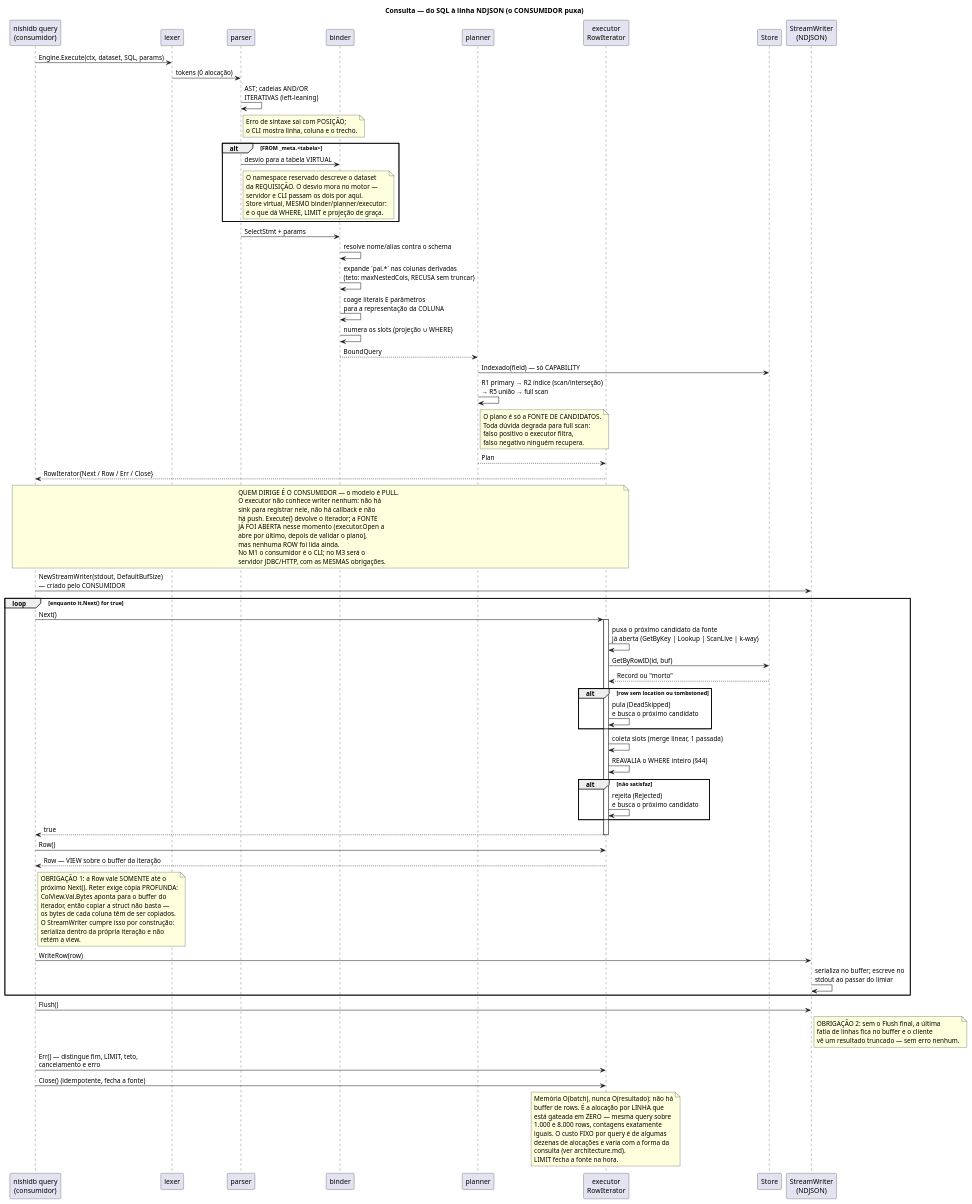
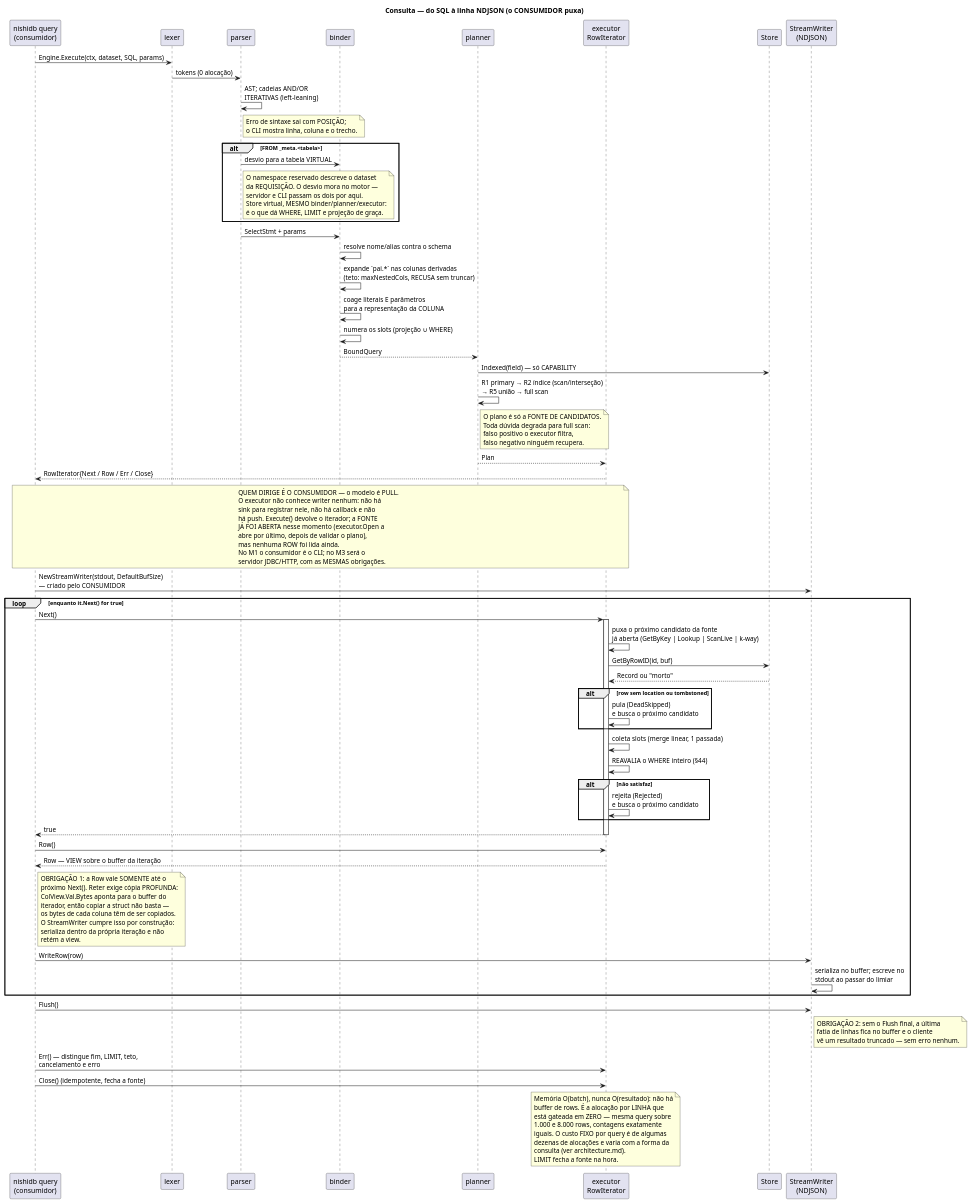
Before and after one commit to nishisan-dev/nishidb: the diagram in docs/diagrams/query_flow.puml, drawn with PlantUML. The commit also changed 28 other files, not shown here.

```diff
--- a/docs/diagrams/query_flow.puml
+++ b/docs/diagrams/query_flow.puml
@@ -1,117 +1,117 @@
 @startuml query_flow
 title Consulta — do SQL à linha NDJSON (o CONSUMIDOR puxa)
 
 participant "nishidb query\n(consumidor)" as cli
 participant "lexer" as lex
 participant "parser" as par
 participant "binder" as bnd
 participant "planner" as pln
 participant "executor\nRowIterator" as exe
 participant "Store" as st
 participant "StreamWriter\n(NDJSON)" as w
 
 cli -> lex : Engine.Execute(ctx, dataset, SQL, params)
 lex -> par : tokens (0 alocação)
 par -> par : AST; cadeias AND/OR\nITERATIVAS (left-leaning)
 note right of par
   Erro de sintaxe sai com POSIÇÃO;
   o CLI mostra linha, coluna e o trecho.
 end note
 
 alt FROM _meta.<tabela>
   par -> bnd : desvio para a tabela VIRTUAL
   note right of par
     O namespace reservado descreve o dataset
     da REQUISIÇÃO. O desvio mora no motor —
     servidor e CLI passam os dois por aqui.
     Store virtual, MESMO binder/planner/executor:
     é o que dá WHERE, LIMIT e projeção de graça.
   end note
 end
 
 par -> bnd : SelectStmt + params
 bnd -> bnd : resolve nome/alias contra o schema
 bnd -> bnd : expande `pai.*` nas colunas derivadas\n(teto: maxNestedCols, RECUSA sem truncar)
 bnd -> bnd : coage literais E parâmetros\npara a representação da COLUNA
 bnd -> bnd : numera os slots (projeção ∪ WHERE)
 bnd --> pln : BoundQuery
 
-pln -> st : Indexado(field) — só CAPABILITY
+pln -> st : Indexed(field) — só CAPABILITY
 pln -> pln : R1 primary → R2 índice (scan/interseção)\n→ R5 união → full scan
 note right of pln
   O plano é só a FONTE DE CANDIDATOS.
   Toda dúvida degrada para full scan:
   falso positivo o executor filtra,
   falso negativo ninguém recupera.
 end note
 pln --> exe : Plan
 
 exe --> cli : RowIterator{Next / Row / Err / Close}
 note over cli, exe
   QUEM DIRIGE É O CONSUMIDOR — o modelo é PULL.
   O executor não conhece writer nenhum: não há
   sink para registrar nele, não há callback e não
   há push. Execute() devolve o iterador; a FONTE
   JÁ FOI ABERTA nesse momento (executor.Open a
   abre por último, depois de validar o plano),
   mas nenhuma ROW foi lida ainda.
   No M1 o consumidor é o CLI; no M3 será o
   servidor JDBC/HTTP, com as MESMAS obrigações.
 end note
 
 cli -> w : NewStreamWriter(stdout, DefaultBufSize)\n— criado pelo CONSUMIDOR
 
 loop enquanto it.Next() for true
   cli -> exe : Next()
   activate exe
   exe -> exe : puxa o próximo candidato da fonte\njá aberta (GetByKey | Lookup | ScanLive | k-way)
   exe -> st : GetByRowID(id, buf)
   st --> exe : Record ou "morto"
   alt row sem location ou tombstoned
     exe -> exe : pula (DeadSkipped)\ne busca o próximo candidato
   end
   exe -> exe : coleta slots (merge linear, 1 passada)
   exe -> exe : REAVALIA o WHERE inteiro (§44)
   alt não satisfaz
     exe -> exe : rejeita (Rejected)\ne busca o próximo candidato
   end
   exe --> cli : true
   deactivate exe
 
   cli -> exe : Row()
   exe --> cli : Row — VIEW sobre o buffer da iteração
   note right of cli
     OBRIGAÇÃO 1: a Row vale SOMENTE até o
     próximo Next(). Reter exige cópia PROFUNDA:
     ColView.Val.Bytes aponta para o buffer do
     iterador, então copiar a struct não basta —
     os bytes de cada coluna têm de ser copiados.
     O StreamWriter cumpre isso por construção:
     serializa dentro da própria iteração e não
     retém a view.
   end note
   cli -> w : WriteRow(row)
   w -> w : serializa no buffer; escreve no\nstdout ao passar do limiar
 end
 
 cli -> w : Flush()
 note right of w
   OBRIGAÇÃO 2: sem o Flush final, a última
   fatia de linhas fica no buffer e o cliente
   vê um resultado truncado — sem erro nenhum.
 end note
 
 cli -> exe : Err() — distingue fim, LIMIT, teto,\ncancelamento e erro
 cli -> exe : Close() (idempotente, fecha a fonte)
 
 note over exe
   Memória O(batch), nunca O(resultado): não há
   buffer de rows. É a alocação por LINHA que
   está gateada em ZERO — mesma query sobre
   1.000 e 8.000 rows, contagens exatamente
   iguais. O custo FIXO por query é de algumas
   dezenas de alocações e varia com a forma da
   consulta (ver architecture.md).
   LIMIT fecha a fonte na hora.
 end note
 @enduml
```
